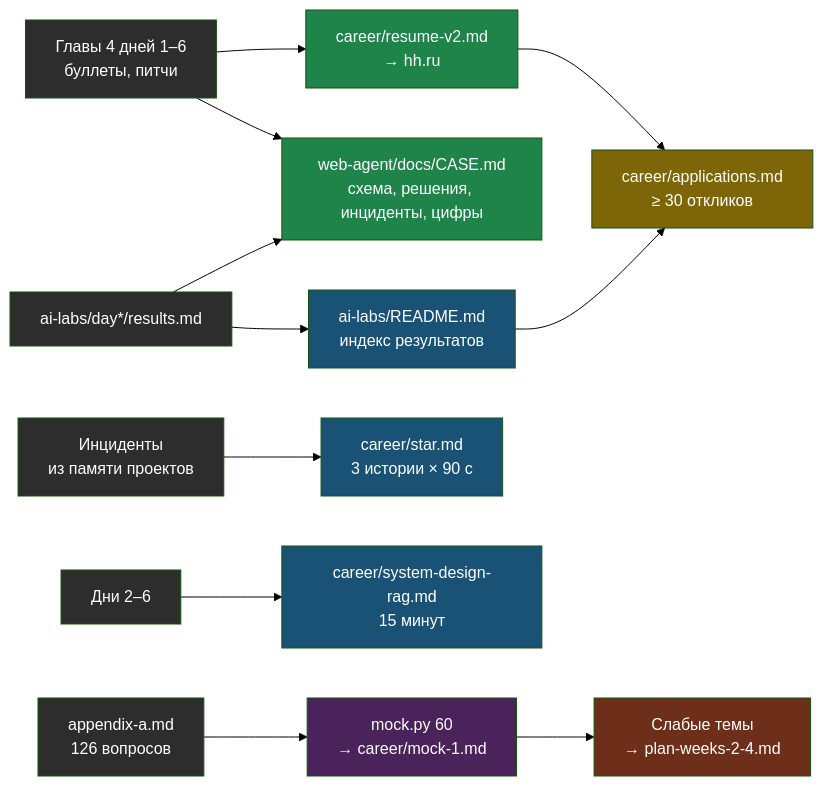
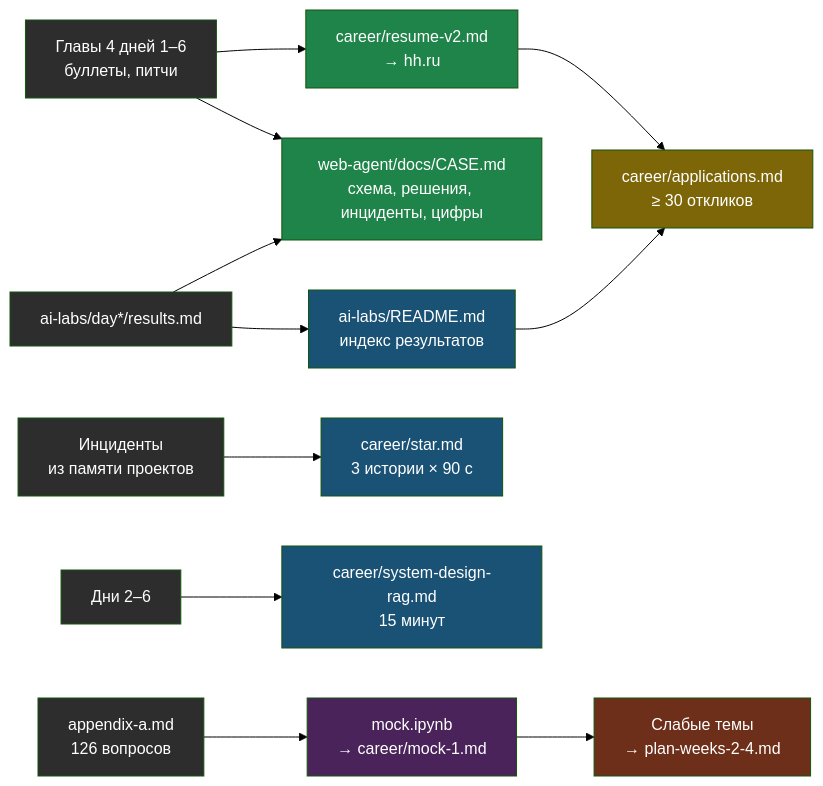
The diagram in docs/books/07-portfolio-interview/chapter-02.md (iRoboTron/ai-engineering), drawn with Mermaid (forest theme) before and after one commit. The commit also changed other lines of this file and 49 other files, not shown here.

````diff
--- a/docs/books/07-portfolio-interview/chapter-02.md
+++ b/docs/books/07-portfolio-interview/chapter-02.md
@@ -9,27 +9,27 @@
 ```mermaid
 flowchart LR
     D["Главы 4 дней 1–6\nбуллеты, питчи"] --> CV["career/resume-v2.md\n→ hh.ru"]
     D --> CASE["web-agent/docs/CASE.md\nсхема, решения, инциденты, цифры"]
     L["ai-labs/day*/results.md"] --> CASE
     L --> IDX["ai-labs/README.md\nиндекс результатов"]
     ST["Инциденты\nиз памяти проектов"] --> STAR["career/star.md\n3 истории × 90 с"]
     SD["Дни 2–6"] --> SDR["career/system-design-rag.md\n15 минут"]
-    BANK["appendix-a.md\n126 вопросов"] --> MOCK["mock.py 60\n→ career/mock-1.md"]
+    BANK["appendix-a.md\n126 вопросов"] --> MOCK["mock.ipynb\n→ career/mock-1.md"]
     MOCK --> WEAK["Слабые темы\n→ plan-weeks-2-4.md"]
     CV --> APP["career/applications.md\n≥ 30 откликов"]
     IDX --> APP
 
     style D fill:#2d2d2d,color:#fff
     style L fill:#2d2d2d,color:#fff
     style ST fill:#2d2d2d,color:#fff
     style SD fill:#2d2d2d,color:#fff
     style BANK fill:#2d2d2d,color:#fff
     style CV fill:#1e8449,color:#fff
     style CASE fill:#1e8449,color:#fff
     style IDX fill:#1a5276,color:#fff
     style STAR fill:#1a5276,color:#fff
     style SDR fill:#1a5276,color:#fff
     style MOCK fill:#4a235a,color:#fff
     style WEAK fill:#6e2f1a,color:#fff
     style APP fill:#7d6608,color:#fff
 ```
````
